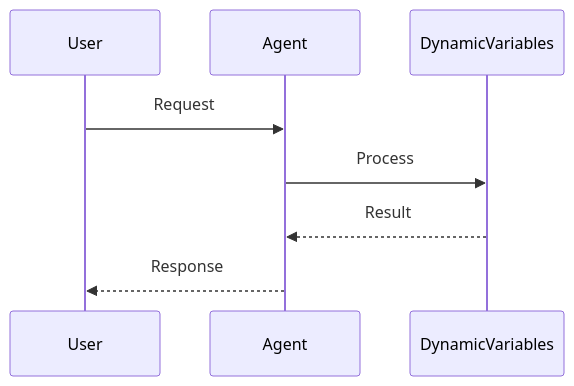
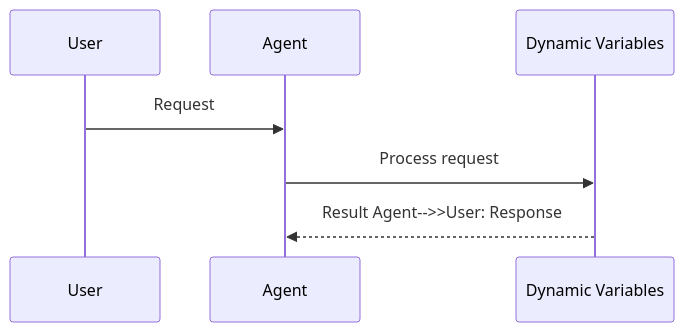
Before and after one commit to MervinPraison/PraisonAIDocs: the second of 2 diagrams in docs/features/dynamic-variables.mdx, drawn with Mermaid. The commit also changed 204 other files, not shown here.

First line of the commit message:
docs: align feature/tool pages with AGENTS.md hero + sequence + import standards (fixes #1775)

````diff
--- a/docs/features/dynamic-variables.mdx
+++ b/docs/features/dynamic-variables.mdx
@@ -46,11 +46,10 @@
 ```mermaid
 sequenceDiagram
     participant User
     participant Agent
-    participant DynamicVariables
+    participant Feature as Dynamic Variables
 
     User->>Agent: Request
-    Agent->>DynamicVariables: Process
-    DynamicVariables-->>Agent: Result
-    Agent-->>User: Response
+    Agent->>Feature: Process request
+    Feature-->>Agent: Result    Agent-->>User: Response
 ```
````
